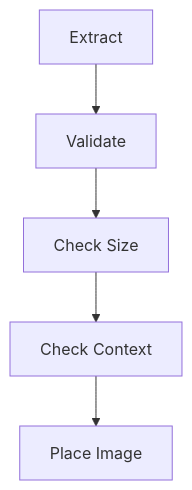
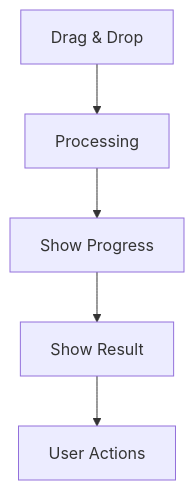
The sixth of 8 diagrams in memory-bank/systemPatterns.md (Shades-24/pdf2md-core), drawn with Mermaid before and after one commit. The commit also changed other lines of this file and 25 other files, not shown here.

````diff
--- a/memory-bank/systemPatterns.md
+++ b/memory-bank/systemPatterns.md
@@ -118,7 +143,7 @@
    ```mermaid
    flowchart TD
-     Image[Extract] --> Validate[Validate]
-     Validate --> Size[Check Size]
-     Size --> Context[Check Context]
-     Context --> Place[Place Image]
+     Drop[Drag & Drop] --> Process[Processing]
+     Process --> Progress[Show Progress]
+     Progress --> Result[Show Result]
+     Result --> Actions[User Actions]
    ```
````
